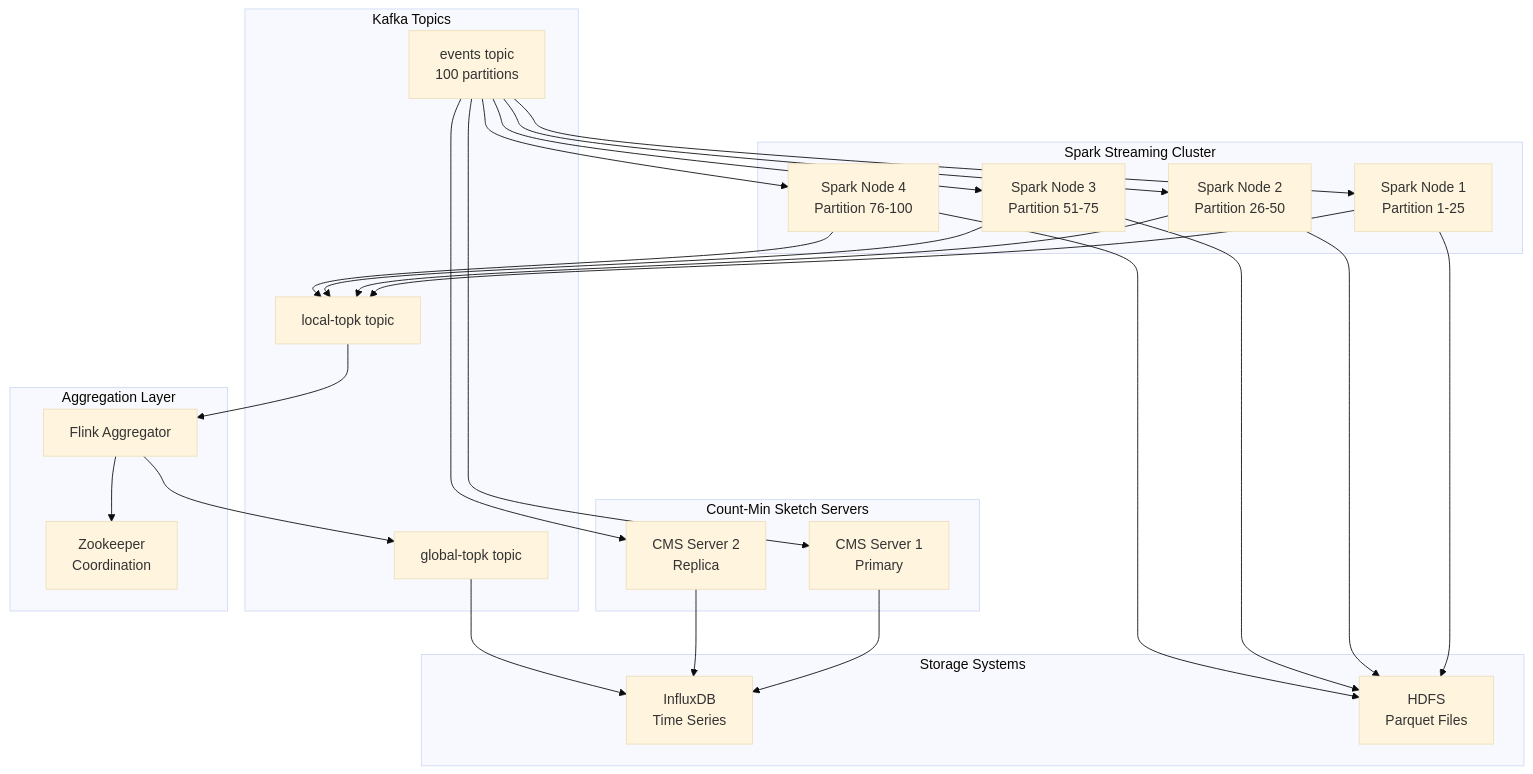
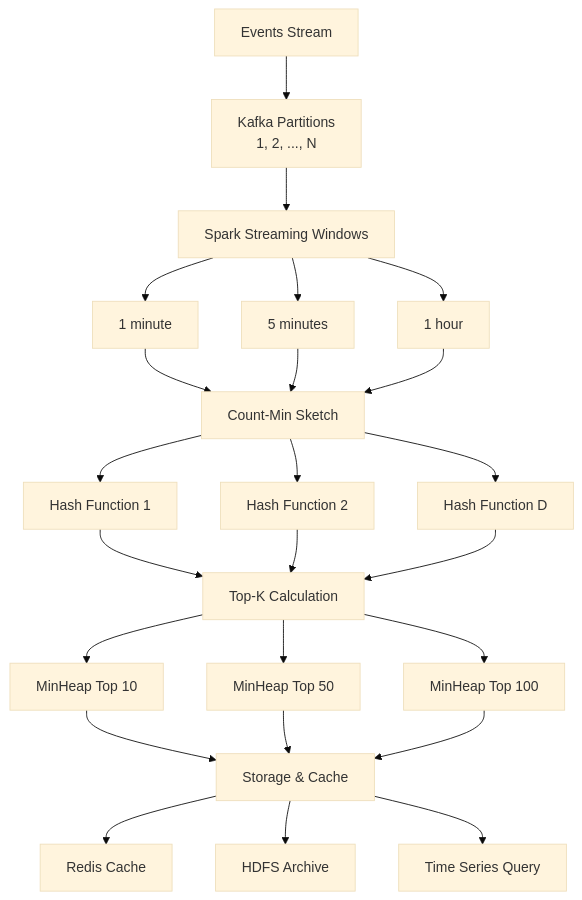
Before and after one commit to rmjamd/android-chatting-and-posting-application: the second of 16 diagrams in README.md, drawn with Mermaid (base theme). The commit also changed other lines of this file, not shown here.

````diff
--- a/README.md
+++ b/README.md
@@ -789,55 +277,33 @@
 ```mermaid
-graph TB
-    subgraph "Kafka Topics"
-        EVENTS[events topic<br/>100 partitions]
-        LOCAL_TOPK[local-topk topic]
-        GLOBAL_TOPK[global-topk topic]
-    end
+graph TD
+    ES[Events Stream] --> KP[Kafka Partitions<br/>1, 2, ..., N]
     
-    subgraph "Spark Streaming Cluster"
-        SPARK1[Spark Node 1<br/>Partition 1-25]
-        SPARK2[Spark Node 2<br/>Partition 26-50]
-        SPARK3[Spark Node 3<br/>Partition 51-75]
-        SPARK4[Spark Node 4<br/>Partition 76-100]
-    end
+    KP --> SSW[Spark Streaming Windows]
+    SSW --> W1[1 minute]
+    SSW --> W5[5 minutes]
+    SSW --> WH[1 hour]
     
-    subgraph "Count-Min Sketch Servers"
-        CMS1[CMS Server 1<br/>Primary]
-        CMS2[CMS Server 2<br/>Replica]
-    end
+    W1 --> CMS[Count-Min Sketch]
+    W5 --> CMS
+    WH --> CMS
     
-    subgraph "Aggregation Layer"
-        FLINK[Flink Aggregator]
-        ZOOKEEPER[Zookeeper<br/>Coordination]
-    end
+    CMS --> HF1[Hash Function 1]
+    CMS --> HF2[Hash Function 2]
+    CMS --> HFD[Hash Function D]
     
-    subgraph "Storage Systems"
-        INFLUX[InfluxDB<br/>Time Series]
-        HDFS_STORE[HDFS<br/>Parquet Files]
-    end
+    HF1 --> TK[Top-K Calculation]
+    HF2 --> TK
+    HFD --> TK
     
-    EVENTS --> SPARK1
-    EVENTS --> SPARK2
-    EVENTS --> SPARK3
-    EVENTS --> SPARK4
-    EVENTS --> CMS1
-    EVENTS --> CMS2
+    TK --> MH10[MinHeap Top 10]
+    TK --> MH50[MinHeap Top 50]
+    TK --> MH100[MinHeap Top 100]
     
-    SPARK1 --> LOCAL_TOPK
-    SPARK2 --> LOCAL_TOPK
-    SPARK3 --> LOCAL_TOPK
-    SPARK4 --> LOCAL_TOPK
+    MH10 --> SC[Storage & Cache]
+    MH50 --> SC
+    MH100 --> SC
     
-    SPARK1 --> HDFS_STORE
-    SPARK2 --> HDFS_STORE
-    SPARK3 --> HDFS_STORE
-    SPARK4 --> HDFS_STORE
-    
-    LOCAL_TOPK --> FLINK
-    CMS1 --> INFLUX
-    CMS2 --> INFLUX
-    
-    FLINK --> ZOOKEEPER
-    FLINK --> GLOBAL_TOPK
-    GLOBAL_TOPK --> INFLUX
+    SC --> REDIS[Redis Cache]
+    SC --> HDFS[HDFS Archive]
+    SC --> TS[Time Series Query]
 ```
````
